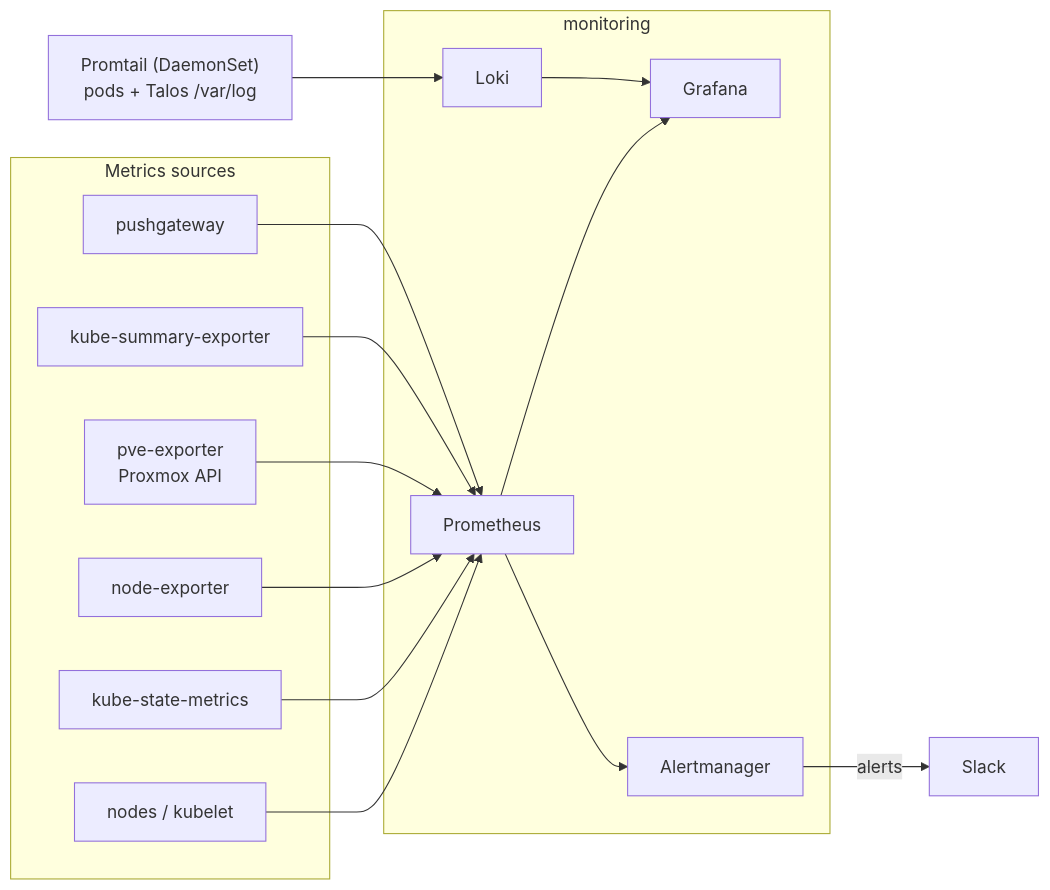
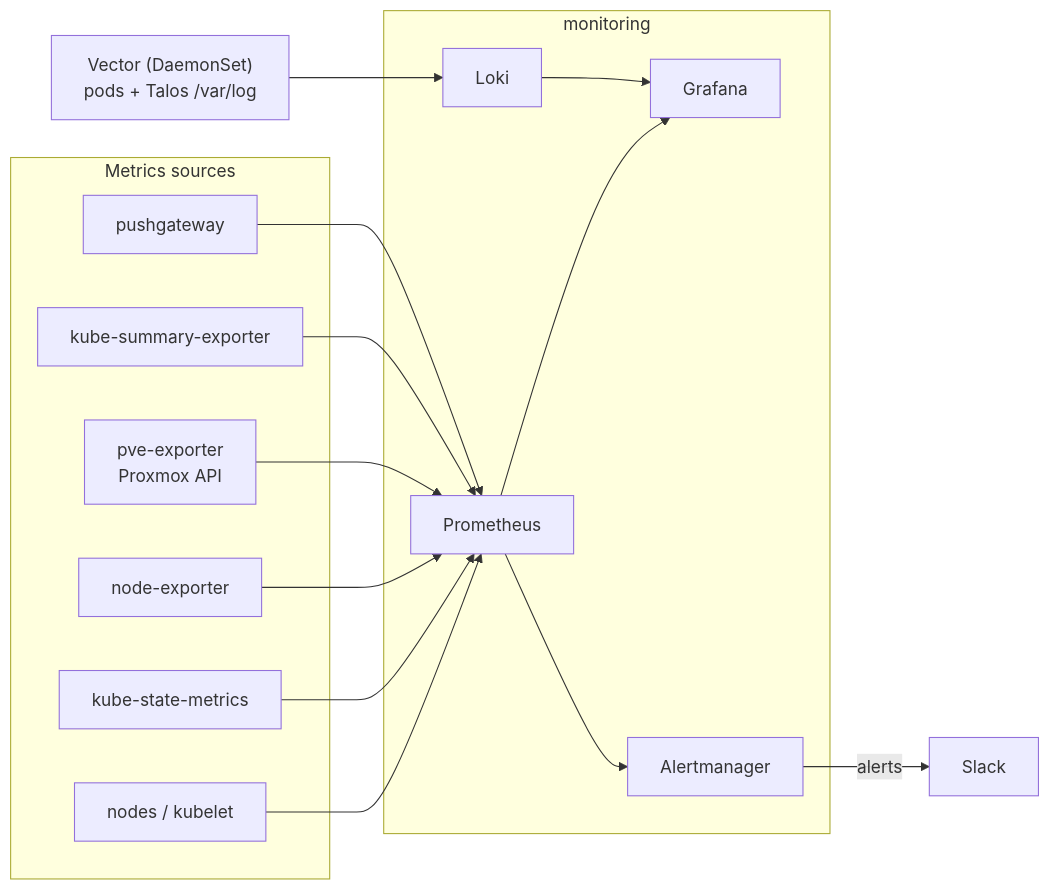
One commit to DTLP/homelab changed the third of 5 diagrams in docs/architecture.md. Above: the diagram before and after it, drawn with Mermaid. The commit also changed other lines of this file and 1 other file, not shown here.

First line of the commit message:
Refresh architecture for current services

````diff
--- a/docs/architecture.md
+++ b/docs/architecture.md
@@ -81,31 +81,31 @@
 ```mermaid
 flowchart LR
     subgraph Sources["Metrics sources"]
         Node["nodes / kubelet"]
         KSM["kube-state-metrics"]
         NX["node-exporter"]
         PVE["pve-exporter<br/>Proxmox API"]
         SUM["kube-summary-exporter"]
         PUSH["pushgateway"]
     end
 
     subgraph Collect["monitoring"]
         Prom["Prometheus"]
         Loki["Loki"]
         Grafana["Grafana"]
         AM["Alertmanager"]
     end
 
-    Promtail["Promtail (DaemonSet)<br/>pods + Talos /var/log"] --> Loki
+    Vector["Vector (DaemonSet)<br/>pods + Talos /var/log"] --> Loki
 
     Node --> Prom
     KSM --> Prom
     NX --> Prom
     PVE --> Prom
     SUM --> Prom
     PUSH --> Prom
 
     Prom --> Grafana
     Loki --> Grafana
     Prom --> AM -->|alerts| Slack["Slack"]
 ```
````
